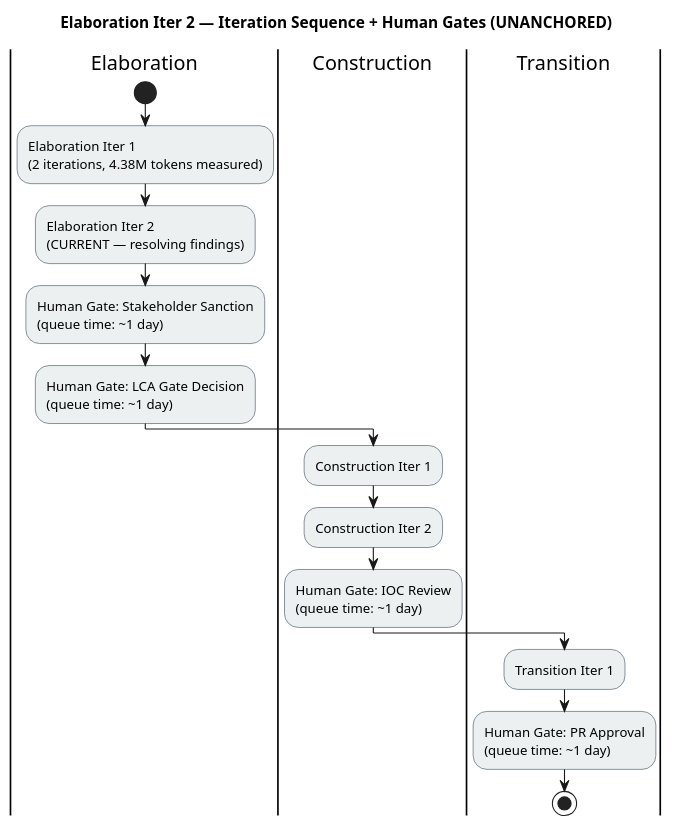
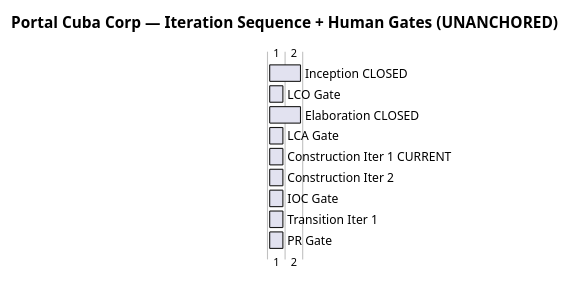
The first of 2 diagrams in docs/artifacts/project-management/iteration-plan.md (banense-test/portal-cuba-corp), drawn with PlantUML before and after one commit. The commit also changed other lines of this file, not shown here.

First line of the commit message:
Project Manager [C1]: upsert Iteration Plan

````diff
--- a/docs/artifacts/project-management/iteration-plan.md
+++ b/docs/artifacts/project-management/iteration-plan.md
@@ -42,28 +40,15 @@
 ```plantuml
-@startuml
-title Elaboration Iter 2 — Iteration Sequence + Human Gates (UNANCHORED)
+@startgantt
+title Portal Cuba Corp — Iteration Sequence + Human Gates (UNANCHORED)
 
-skinparam activity {
-  BackgroundColor #ECF0F1
-  BorderColor #2C3E50
-}
-
-|Elaboration|
-start
-:Elaboration Iter 1\n(2 iterations, 4.38M tokens measured);
-:Elaboration Iter 2\n(CURRENT — resolving findings);
-:Human Gate: Stakeholder Sanction\n(queue time: ~1 day);
-:Human Gate: LCA Gate Decision\n(queue time: ~1 day);
-
-|Construction|
-:Construction Iter 1;
-:Construction Iter 2;
-:Human Gate: IOC Review\n(queue time: ~1 day);
-
-|Transition|
-:Transition Iter 1;
-:Human Gate: PR Approval\n(queue time: ~1 day);
-stop
-
-@enduml
+[Inception CLOSED] lasts 2 days
+[LCO Gate] lasts 1 day
+[Elaboration CLOSED] lasts 2 days
+[LCA Gate] lasts 1 day
+[Construction Iter 1 CURRENT] lasts 1 day
+[Construction Iter 2] lasts 1 day
+[IOC Gate] lasts 1 day
+[Transition Iter 1] lasts 1 day
+[PR Gate] lasts 1 day
+@endgantt
 ```
````
